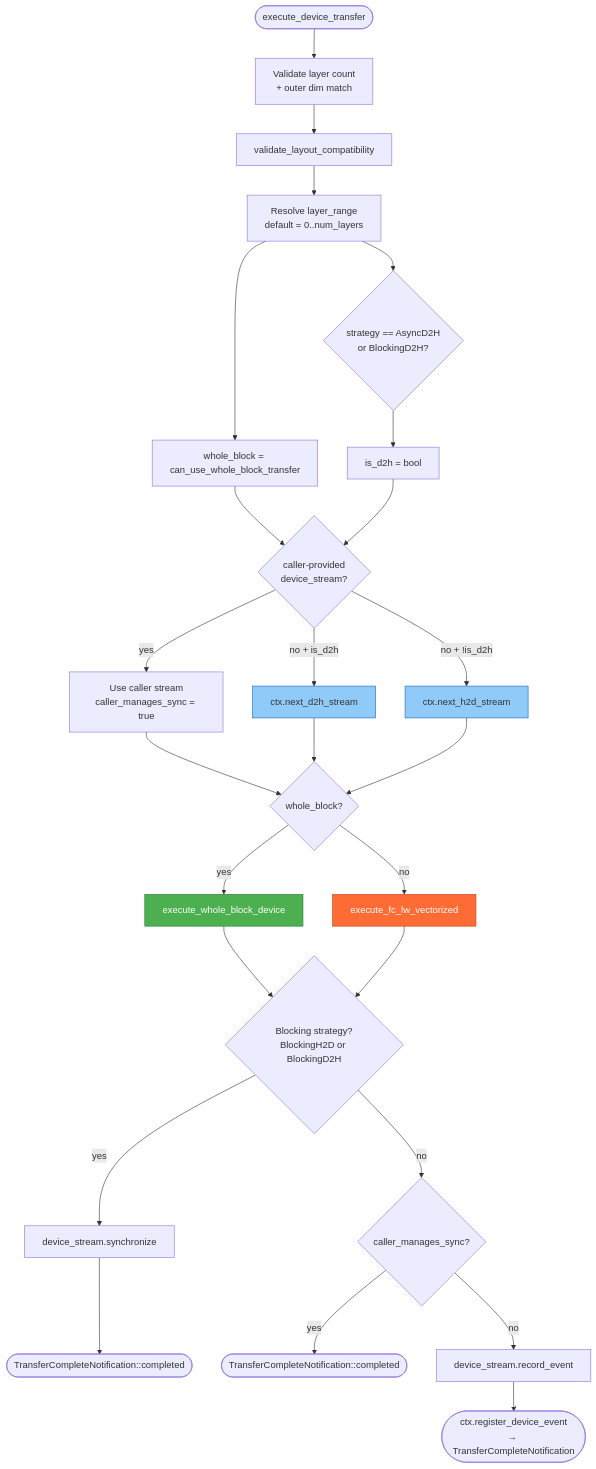
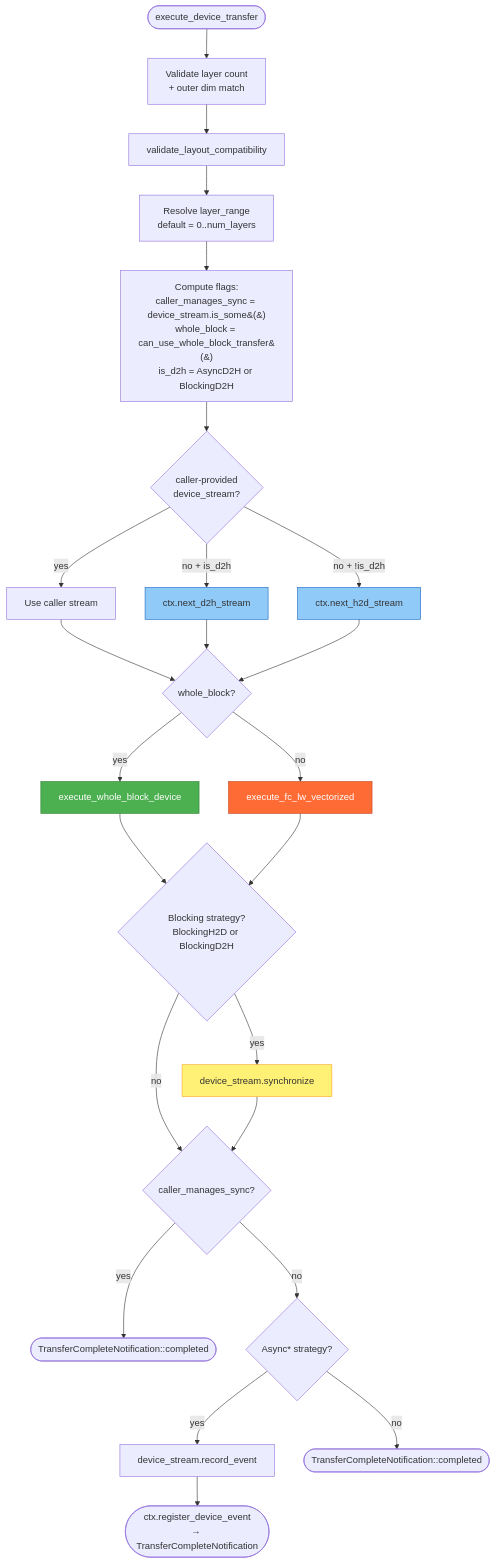
One commit to ai-dynamo/dynamo changed the first of 4 diagrams in lib/kvbm-physical/docs/device_executor_flow.md. Above: the diagram before and after it, drawn with Mermaid. The commit also changed other lines of this file and 26 other files, not shown here.

````diff
--- a/lib/kvbm-physical/docs/device_executor_flow.md
+++ b/lib/kvbm-physical/docs/device_executor_flow.md
@@ -26,41 +26,46 @@
 ```mermaid
 flowchart TD
     START([execute_device_transfer]) --> V1[Validate layer count<br/>+ outer dim match]
     V1 --> V2[validate_layout_compatibility]
     V2 --> LR[Resolve layer_range<br/>default = 0..num_layers]
-    LR --> WB[whole_block = can_use_whole_block_transfer]
+    LR --> SET[Compute flags:<br/>caller_manages_sync = device_stream.is_some&#40;&#41;<br/>whole_block = can_use_whole_block_transfer&#40;&#41;<br/>is_d2h = AsyncD2H or BlockingD2H]
 
-    LR --> DIR{strategy == AsyncD2H<br/>or BlockingD2H?}
-    DIR --> IS_D2H[is_d2h = bool]
-    WB --> CMS0{caller-provided<br/>device_stream?}
-    IS_D2H --> CMS0
-
-    CMS0 -- yes --> USE_CALLER[Use caller stream<br/>caller_manages_sync = true]
+    SET --> CMS0{caller-provided<br/>device_stream?}
+    CMS0 -- yes --> USE_CALLER[Use caller stream]
     CMS0 -- no + is_d2h --> POOL_D2H[ctx.next_d2h_stream]
     CMS0 -- no + !is_d2h --> POOL_H2D[ctx.next_h2d_stream]
 
     USE_CALLER --> DISPATCH
     POOL_D2H --> DISPATCH
     POOL_H2D --> DISPATCH
 
     DISPATCH{whole_block?}
     DISPATCH -- yes --> FN_WB[execute_whole_block_device]
     DISPATCH -- no --> FN_VEC[execute_fc_lw_vectorized]
 
     FN_WB --> BLK{Blocking strategy?<br/>BlockingH2D or BlockingD2H}
     FN_VEC --> BLK
 
+    %% Phase 1: blocking sync runs unconditionally (independent of caller_managed)
     BLK -- yes --> SYNC[device_stream.synchronize]
-    BLK -- no --> CMS1{caller_manages_sync?}
+    BLK -- no --> CMS1
+    SYNC --> CMS1
 
-    SYNC --> DONE_BLK([TransferCompleteNotification::completed])
+    %% Phase 2: caller_managed early-return runs after the optional sync,
+    %% so a "Blocking + caller-provided stream" path also exits here.
+    CMS1{caller_manages_sync?}
+    CMS1 -- yes --> DONE_CMS([TransferCompleteNotification::completed])
+    CMS1 -- no --> ASY{Async* strategy?}
 
-    CMS1 -- yes --> DONE_CMS([TransferCompleteNotification::completed])
-    CMS1 -- no --> EVT[device_stream.record_event]
+    %% Phase 3: only the Async* branch records an event + registers.
+    %% Blocking* with no caller stream falls through to completed&#40;&#41;.
+    ASY -- yes --> EVT[device_stream.record_event]
     EVT --> REG([ctx.register_device_event<br/>→ TransferCompleteNotification])
+    ASY -- no --> DONE_BLK([TransferCompleteNotification::completed])
 
     style FN_WB fill:#4caf50,stroke:#2e7d32,color:#fff
     style FN_VEC fill:#ff6b35,stroke:#c44520,color:#fff
     style POOL_H2D fill:#90caf9,stroke:#1565c0
     style POOL_D2H fill:#90caf9,stroke:#1565c0
+    style SYNC fill:#fff176,stroke:#f9a825
 ```
````
